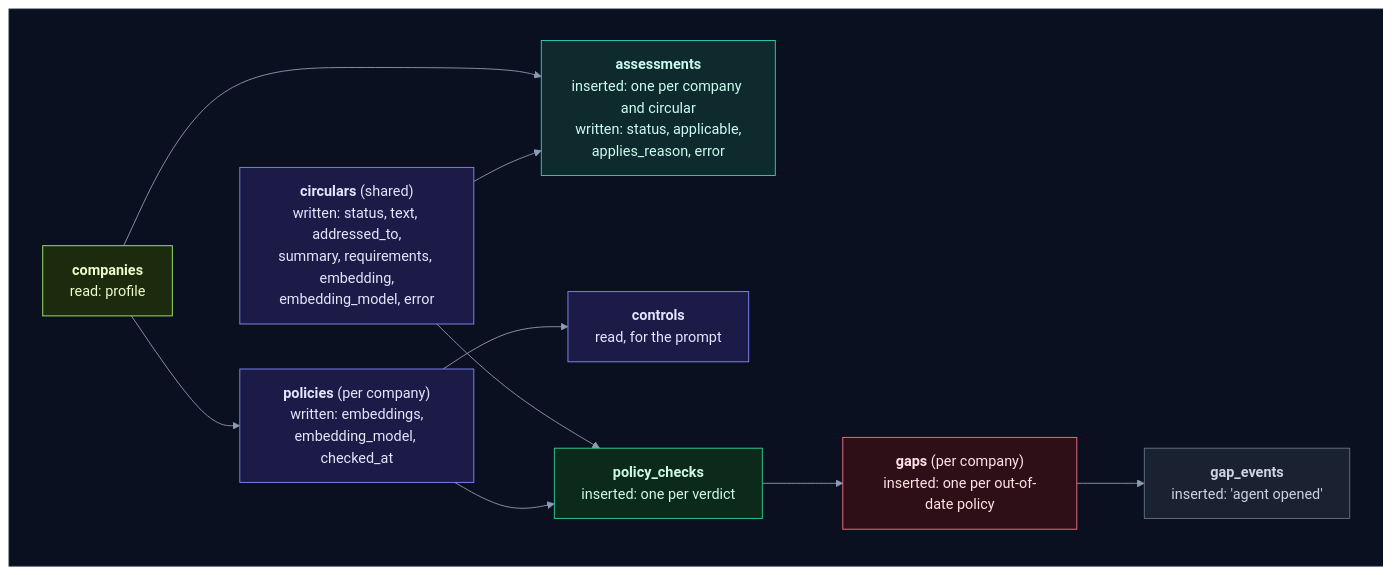
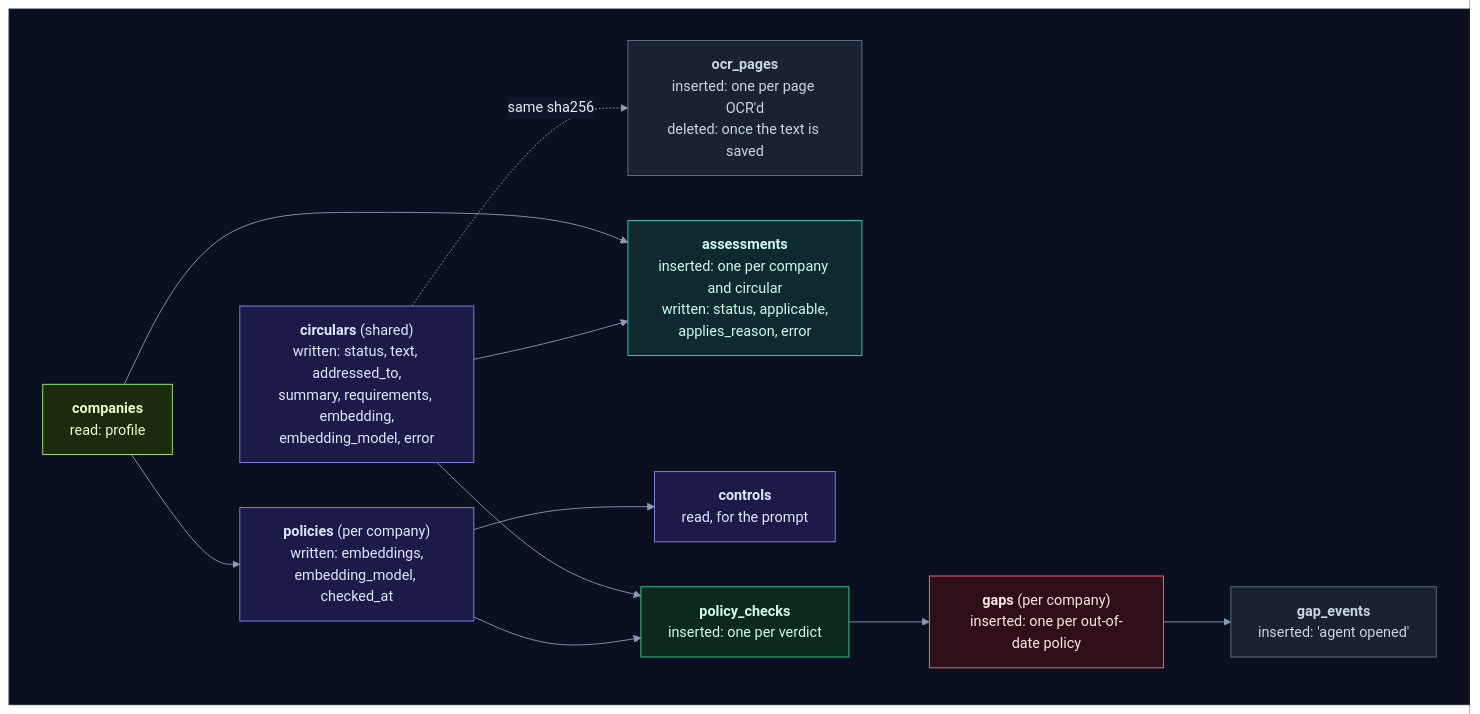
One commit to selvakumarperumal/Regulatory_Circular_Impact_Agent changed the seventh of 19 diagrams in backend/worker/INTERNALS.md. Above: the diagram before and after it, drawn with Mermaid. The commit also changed other lines of this file and 4 other files, not shown here.

First line of the commit message:
Document page-by-page OCR and claim renewal

````diff
--- a/backend/worker/INTERNALS.md
+++ b/backend/worker/INTERNALS.md
@@ -333,40 +338,42 @@
 ```mermaid
 %%{init: {"theme": "base", "flowchart": {"diagramPadding": 0}, "themeVariables": {"darkMode": true, "primaryColor": "#16213a", "primaryTextColor": "#e6edf7", "primaryBorderColor": "#475a7a", "lineColor": "#8b9bb4", "secondaryColor": "#1b2436", "tertiaryColor": "#101a2e", "edgeLabelBackground": "#0f172a", "textColor": "#e2e8f0", "clusterBkg": "#0f1728", "clusterBorder": "#2b3a55", "titleColor": "#c4b5fd", "nodeTextColor": "#e6edf7"}}}%%
 flowchart LR
     subgraph canvas[" "]
         direction LR
         CO["<b>companies</b><br/>read: profile"]
         CI["<b>circulars</b> (shared)<br/>written: status, text, addressed_to,<br/>summary, requirements, embedding,<br/>embedding_model, error"]
         AS["<b>assessments</b><br/>inserted: one per company and circular<br/>written: status, applicable,<br/>applies_reason, error"]
         PO["<b>policies</b> (per company)<br/>written: embeddings,<br/>embedding_model, checked_at"]
         CT["<b>controls</b><br/>read, for the prompt"]
         PC["<b>policy_checks</b><br/>inserted: one per verdict"]
         GA["<b>gaps</b> (per company)<br/>inserted: one per out-of-date policy"]
         GE["<b>gap_events</b><br/>inserted: 'agent opened'"]
+        OP["<b>ocr_pages</b><br/>inserted: one per page OCR'd<br/>deleted: once the text is saved"]
+        CI -.->|"same sha256"| OP
         CO --> AS
         CI --> AS
         CO --> PO
         PO --> CT
         CI --> PC
         PO --> PC
         PC --> GA
         GA --> GE
     end
     classDef svc fill:#0e2a2c,stroke:#2dd4bf,color:#ccfbf1
     classDef data fill:#1c1a47,stroke:#818cf8,color:#e0e7ff
     classDef ext fill:#2a1640,stroke:#c084fc,color:#f3e8ff
     classDef gpu fill:#2d1b0c,stroke:#fb923c,color:#ffedd5
     classDef ask fill:#2a2410,stroke:#fbbf24,color:#fef3c7
     classDef ok fill:#0b2a1c,stroke:#34d399,color:#d1fae5
     classDef bad fill:#2e0f17,stroke:#fb7185,color:#ffe4e6
     classDef start fill:#1c2a0e,stroke:#a7ef6f,color:#ecfccb
     classDef muted fill:#1a2130,stroke:#64748b,color:#cbd5e1
     classDef queue fill:#0c2231,stroke:#38bdf8,color:#e0f2fe
     class CO start
     class CI,PO,CT data
     class AS svc
     class PC ok
     class GA bad
-    class GE muted
+    class GE,OP muted
     style canvas fill:#0b1020,stroke:#1e293b,color:#0b1020
 ```
````
